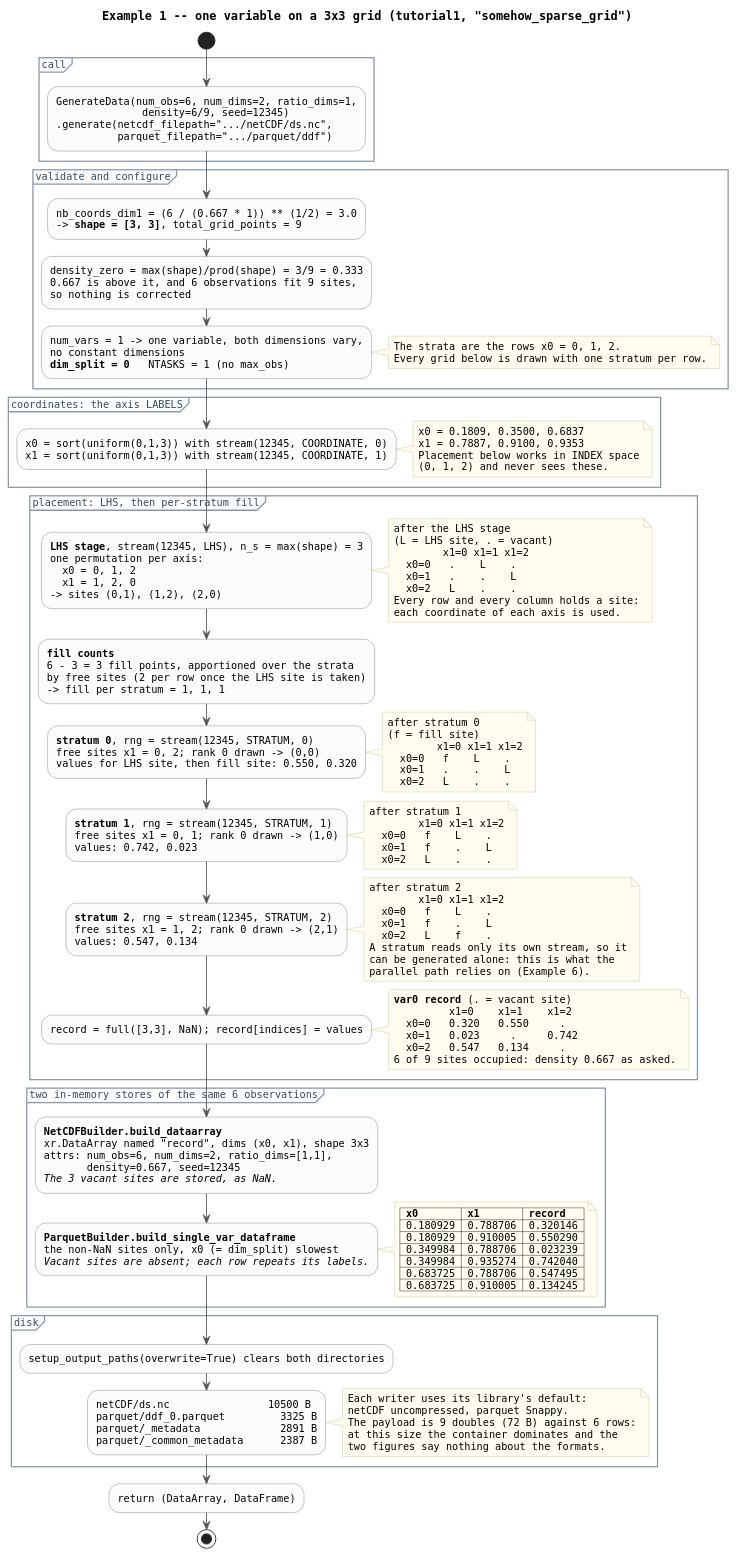
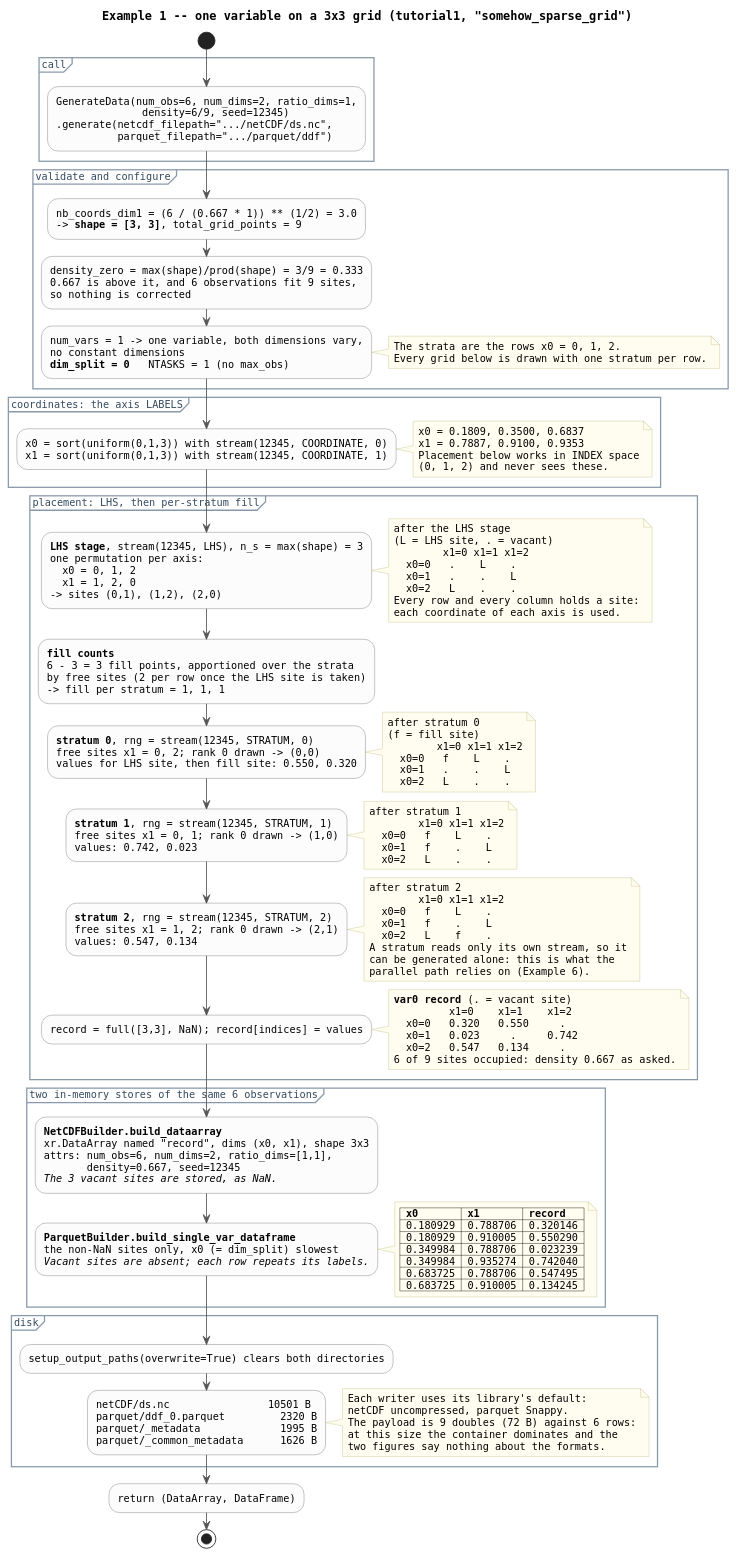
Before and after one commit to boom-lab/tabray: the diagram in docs/dataflow_example_single_var.puml, drawn with PlantUML. The commit also changed 6 other files, not shown here.

```diff
--- a/docs/dataflow_example_single_var.puml
+++ b/docs/dataflow_example_single_var.puml
@@ -1,171 +1,171 @@
 @startuml dataflow_example_single_var
 ' Worked example: notebooks/tutorial1.ipynb, case "somehow_sparse_grid".
 ' Every number here is from an actual run of that case.
 ' Grids: rows x0, columns x1, in index space.
 ' Render: plantuml docs/dataflow_example_single_var.puml
 
 title Example 1 -- one variable on a 3x3 grid (tutorial1, "somehow_sparse_grid")
 
 skinparam shadowing false
 skinparam defaultFontName Monospaced
 skinparam defaultFontSize 12
 skinparam ArrowColor #555555
 skinparam activity {
   BackgroundColor #FCFCFC
   BorderColor #777777
   DiamondBackgroundColor #F2F2F2
 }
 skinparam partition {
   BorderColor #8899AA
   FontColor #33495E
 }
 skinparam note {
   BackgroundColor #FFFDF0
   BorderColor #C8C08A
 }
 
 start
 
 partition "call" {
   :GenerateData(num_obs=6, num_dims=2, ratio_dims=1,
                 density=6/9, seed=12345)
   .generate(netcdf_filepath=".../netCDF/ds.nc",
             parquet_filepath=".../parquet/ddf");
 }
 
 partition "validate and configure" {
   :nb_coords_dim1 = (6 / (0.667 * 1)) ** (1/2) = 3.0
   -> <b>shape = [3, 3]</b>, total_grid_points = 9;
   :density_zero = max(shape)/prod(shape) = 3/9 = 0.333
   0.667 is above it, and 6 observations fit 9 sites,
   so nothing is corrected;
   :num_vars = 1 -> one variable, both dimensions vary,
   no constant dimensions
   <b>dim_split = 0</b>   NTASKS = 1 (no max_obs);
   note right
     The strata are the rows x0 = 0, 1, 2.
     Every grid below is drawn with one stratum per row.
   end note
 }
 
 partition "coordinates: the axis LABELS" {
   :x0 = sort(uniform(0,1,3)) with stream(12345, COORDINATE, 0)
   x1 = sort(uniform(0,1,3)) with stream(12345, COORDINATE, 1);
   note right
     x0 = 0.1809, 0.3500, 0.6837
     x1 = 0.7887, 0.9100, 0.9353
     Placement below works in INDEX space
     (0, 1, 2) and never sees these.
   end note
 }
 
 partition "placement: LHS, then per-stratum fill" {
   :<b>LHS stage</b>, stream(12345, LHS), n_s = max(shape) = 3
   one permutation per axis:
     x0 = 0, 1, 2
     x1 = 1, 2, 0
   -> sites (0,1), (1,2), (2,0);
   note right
     after the LHS stage
     (L = LHS site, . = vacant)
             x1=0 x1=1 x1=2
       x0=0   .    L    .
       x0=1   .    .    L
       x0=2   L    .    .
     Every row and every column holds a site:
     each coordinate of each axis is used.
   end note
 
   :<b>fill counts</b>
   6 - 3 = 3 fill points, apportioned over the strata
   by free sites (2 per row once the LHS site is taken)
   -> fill per stratum = 1, 1, 1;
 
   :<b>stratum 0</b>, rng = stream(12345, STRATUM, 0)
   free sites x1 = 0, 2; rank 0 drawn -> (0,0)
   values for LHS site, then fill site: 0.550, 0.320;
   note right
     after stratum 0
     (f = fill site)
             x1=0 x1=1 x1=2
       x0=0   f    L    .
       x0=1   .    .    L
       x0=2   L    .    .
   end note
 
   :<b>stratum 1</b>, rng = stream(12345, STRATUM, 1)
   free sites x1 = 0, 1; rank 0 drawn -> (1,0)
   values: 0.742, 0.023;
   note right
     after stratum 1
             x1=0 x1=1 x1=2
       x0=0   f    L    .
       x0=1   f    .    L
       x0=2   L    .    .
   end note
 
   :<b>stratum 2</b>, rng = stream(12345, STRATUM, 2)
   free sites x1 = 1, 2; rank 0 drawn -> (2,1)
   values: 0.547, 0.134;
   note right
     after stratum 2
             x1=0 x1=1 x1=2
       x0=0   f    L    .
       x0=1   f    .    L
       x0=2   L    f    .
     A stratum reads only its own stream, so it
     can be generated alone: this is what the
     parallel path relies on (Example 6).
   end note
 
   :record = full([3,3], NaN); record[indices] = values;
   note right
     <b>var0 record</b> (. = vacant site)
              x1=0    x1=1    x1=2
       x0=0   0.320   0.550     .
       x0=1   0.023     .     0.742
       x0=2   0.547   0.134     .
     6 of 9 sites occupied: density 0.667 as asked.
   end note
 }
 
 partition "two in-memory stores of the same 6 observations" {
   :<b>NetCDFBuilder.build_dataarray</b>
   xr.DataArray named "record", dims (x0, x1), shape 3x3
   attrs: num_obs=6, num_dims=2, ratio_dims=[1,1],
          density=0.667, seed=12345
   <i>The 3 vacant sites are stored, as NaN.</i>;
 
   :<b>ParquetBuilder.build_single_var_dataframe</b>
   the non-NaN sites only, x0 (= dim_split) slowest
   <i>Vacant sites are absent; each row repeats its labels.</i>;
   note right
     |= x0 |= x1 |= record |
     | 0.180929 | 0.788706 | 0.320146 |
     | 0.180929 | 0.910005 | 0.550290 |
     | 0.349984 | 0.788706 | 0.023239 |
     | 0.349984 | 0.935274 | 0.742040 |
     | 0.683725 | 0.788706 | 0.547495 |
     | 0.683725 | 0.910005 | 0.134245 |
   end note
 }
 
 partition "disk" {
   :setup_output_paths(overwrite=True) clears both directories;
-  :netCDF/ds.nc                10500 B
-  parquet/ddf_0.parquet         3325 B
-  parquet/_metadata             2891 B
-  parquet/_common_metadata      2387 B;
+  :netCDF/ds.nc                10501 B
+  parquet/ddf_0.parquet         2320 B
+  parquet/_metadata             1995 B
+  parquet/_common_metadata      1626 B;
   note right
     Each writer uses its library's default:
     netCDF uncompressed, parquet Snappy.
     The payload is 9 doubles (72 B) against 6 rows:
     at this size the container dominates and the
     two figures say nothing about the formats.
   end note
 }
 
 :return (DataArray, DataFrame);
 stop
 
 @enduml
```
